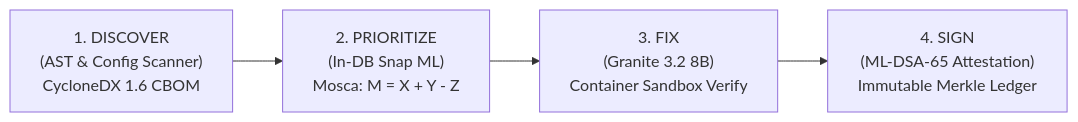
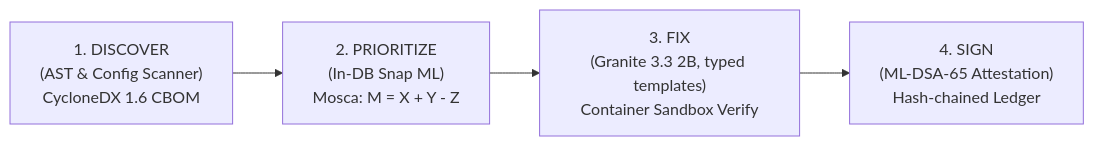
Before and after one commit to Oxyrine/Chronos: the first of 2 diagrams in README.md, drawn with Mermaid. The commit also changed other lines of this file and 7 other files, not shown here.

````diff
--- a/README.md
+++ b/README.md
@@ -28,6 +28,6 @@
 ```mermaid
 flowchart LR
     A["1. DISCOVER<br/>(AST & Config Scanner)<br/>CycloneDX 1.6 CBOM"] --> B["2. PRIORITIZE<br/>(In-DB Snap ML)<br/>Mosca: M = X + Y - Z"]
-    B --> C["3. FIX<br/>(Granite 3.2 8B)<br/>Container Sandbox Verify"]
-    C --> D["4. SIGN<br/>(ML-DSA-65 Attestation)<br/>Immutable Merkle Ledger"]
+    B --> C["3. FIX<br/>(Granite 3.3 2B, typed templates)<br/>Container Sandbox Verify"]
+    C --> D["4. SIGN<br/>(ML-DSA-65 Attestation)<br/>Hash-chained Ledger"]
 ```
````
